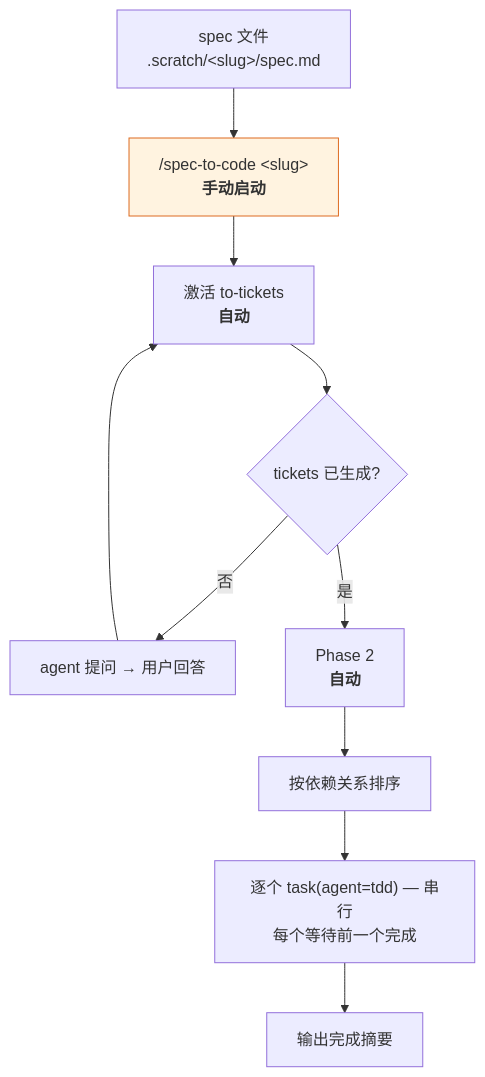
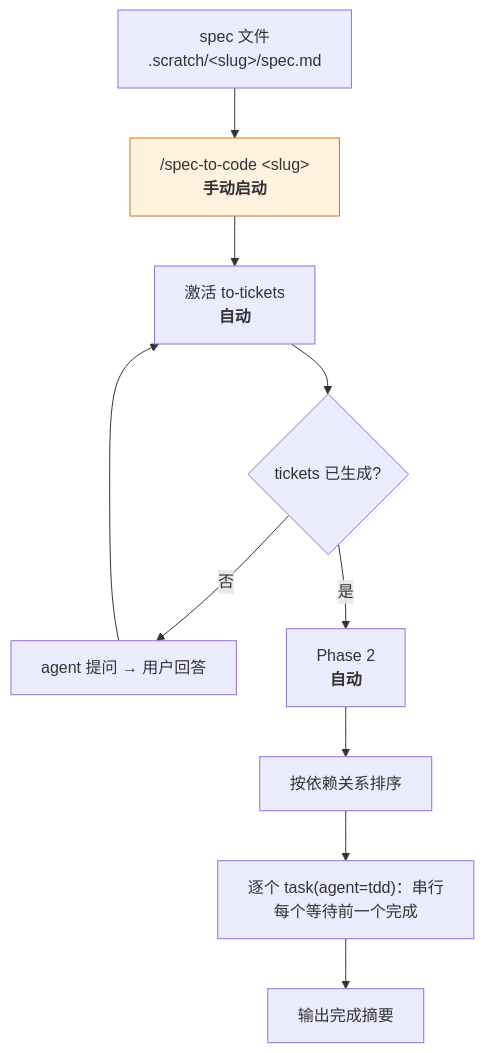
The second of 2 diagrams in README.cn.md (hugosol/oh-my-wayfinder), drawn with Mermaid before and after one commit. The commit also changed other lines of this file and 13 other files, not shown here.

````diff
--- a/README.cn.md
+++ b/README.cn.md
@@ -85,13 +85,13 @@
 ```mermaid
 flowchart TD
     P["spec 文件<br/>.scratch/&lt;slug&gt;/spec.md"] --> C["/spec-to-code &lt;slug&gt;<br/><b>手动启动</b>"]
     C --> A["激活 to-tickets<br/><b>自动</b>"]
     A --> Q{"tickets 已生成?"}
     Q -->|"否"| QA["agent 提问 → 用户回答"] --> A
     Q -->|"是"| P2["Phase 2<br/><b>自动</b>"]
     P2 --> ORD["按依赖关系排序"]
-    ORD --> TD["逐个 task(agent=tdd) — 串行<br/>每个等待前一个完成"]
+    ORD --> TD["逐个 task(agent=tdd)：串行<br/>每个等待前一个完成"]
     TD --> DONE["输出完成摘要"]
 
     style C fill:#fff3e0,stroke:#dd6b20
 ```
````
